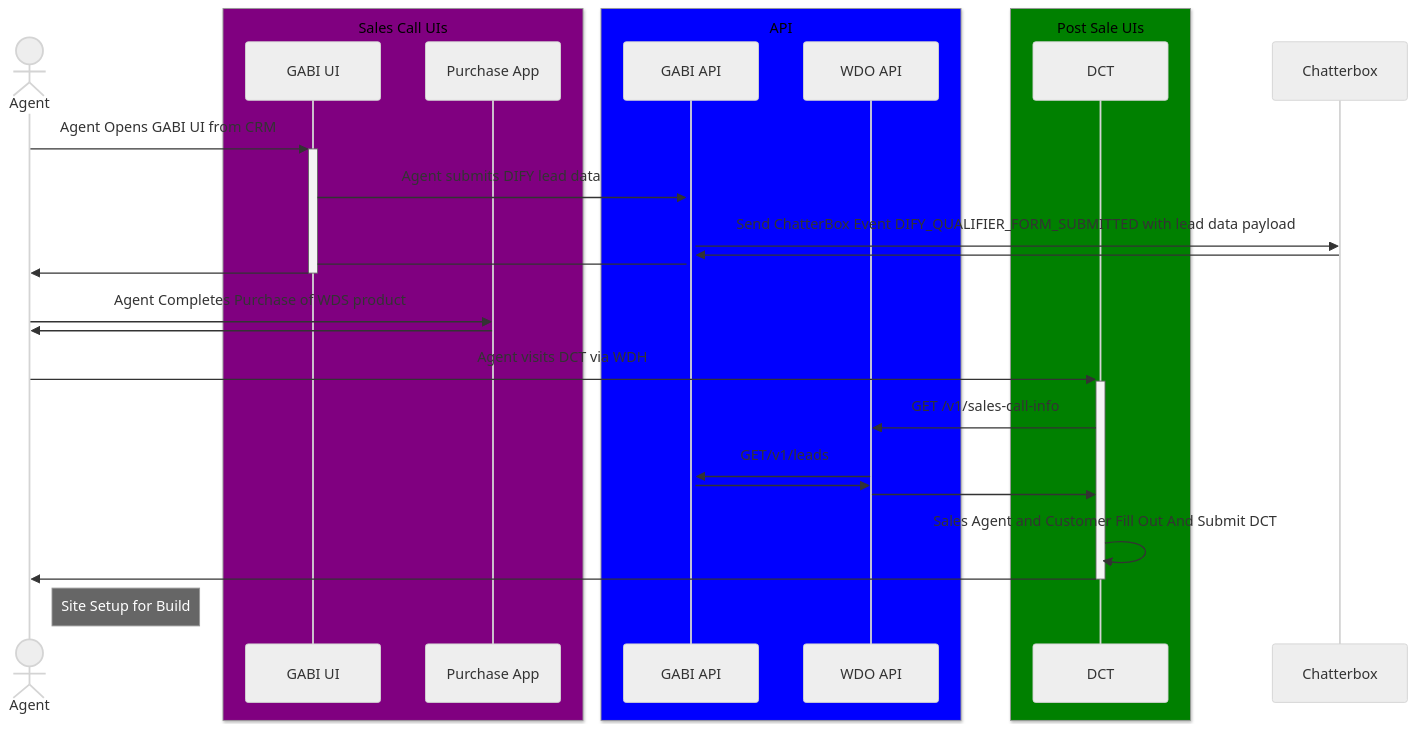
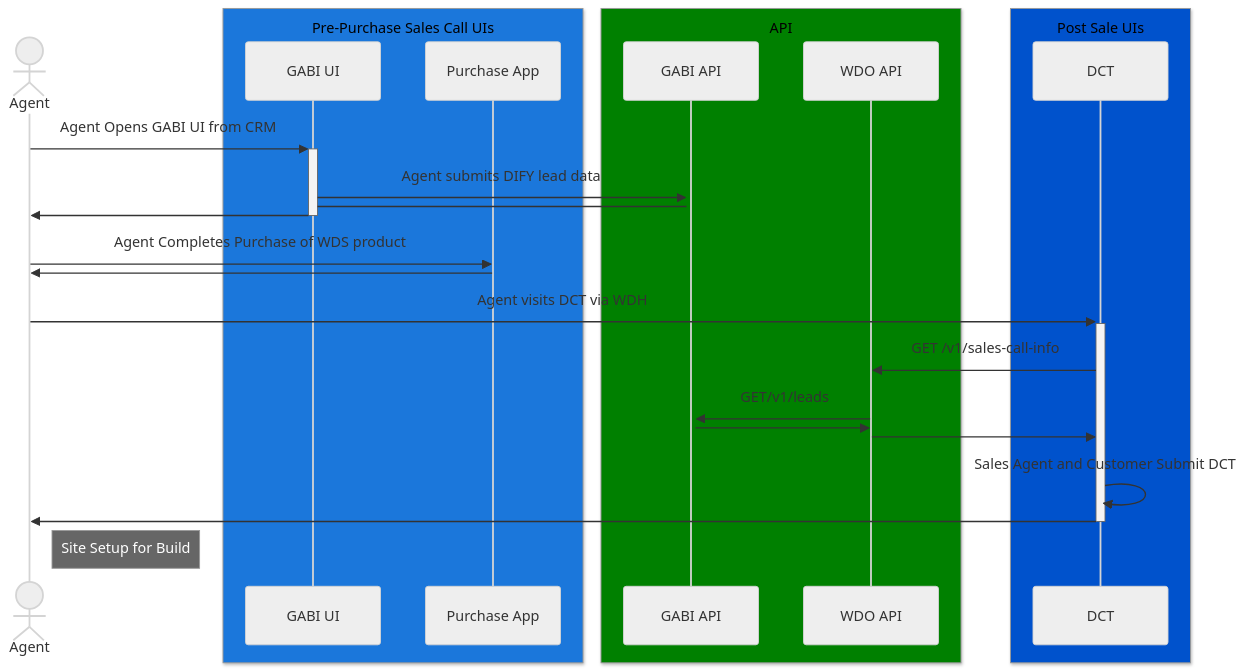
Before and after one commit to mzhan1-godaddy/diagrams: the diagram in gabi-instant-onboard-a.md, drawn with Mermaid (neutral theme). The commit also changed 1 other file, not shown here.

Commit message:
Gabi edits (#3)

````diff
--- a/gabi-instant-onboard-a.md
+++ b/gabi-instant-onboard-a.md
@@ -1,31 +1,29 @@
 ```mermaid
 sequenceDiagram
     actor Agent
-    box Purple Sales Call UIs
+    box rgb(27, 119, 219) Pre-Purchase Sales Call UIs
         participant GABI UI
         participant Purchase App
     end
-    box Blue API
+    box green API
         participant GABI API
         participant WDO API
     end
-    box Green Post Sale UIs
+    box rgb(0, 82, 204) Post Sale UIs
         participant DCT
     end
     Agent ->>+ GABI UI: Agent Opens GABI UI from CRM
     GABI UI ->>+ GABI API: Agent submits DIFY lead data
-    GABI API ->> Chatterbox: Send ChatterBox Event DIFY_QUALIFIER_FORM_SUBMITTED with lead data payload
-    Chatterbox ->> GABI API: 
     GABI API->GABI UI:  
     GABI UI->>-Agent: 
     Agent->>Purchase App: Agent Completes Purchase of WDS product
     Purchase App->>Agent: 
     Agent->>+DCT: Agent visits DCT via WDH
     DCT->>WDO API: GET /v1/sales-call-info
     WDO API->>GABI API: GET/v1/leads
     GABI API->>WDO API: 
     WDO API->>DCT: 
-    DCT->>DCT: Sales Agent and Customer Fill Out And Submit DCT
+    DCT->>DCT: Sales Agent and Customer Submit DCT
     DCT->>-Agent: 
     note right of Agent: Site Setup for Build
 ```
````
